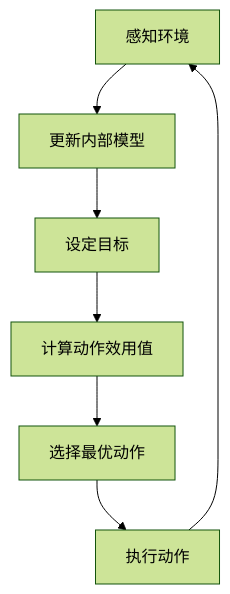
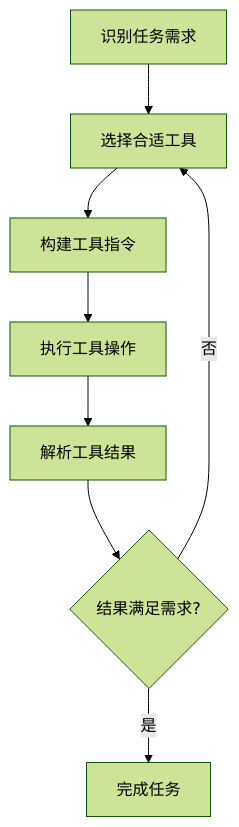
The fourth of 5 diagrams in docs/md/agent/agent五种设计模式.md (wychmod/wychmod.github.io), drawn with Mermaid (forest theme) before and after one commit. The commit also changed other lines of this file, not shown here.

````diff
--- a/docs/md/agent/agent五种设计模式.md
+++ b/docs/md/agent/agent五种设计模式.md
@@ -97,9 +112,10 @@
 ```mermaid
 flowchart TD
-    A[感知环境] --> B[更新内部模型]
-    B --> C[设定目标]
-    C --> D[计算动作效用值]
-    D --> E[选择最优动作]
-    E --> F[执行动作]
-    F --> A
+    A[识别任务需求] --> B[选择合适工具]
+    B --> C[构建工具指令]
+    C --> D[执行工具操作]
+    D --> E[解析工具结果]
+    E --> F{结果满足需求?}
+    F -->|是| G[完成任务]
+    F -->|否| B
 ```
````
